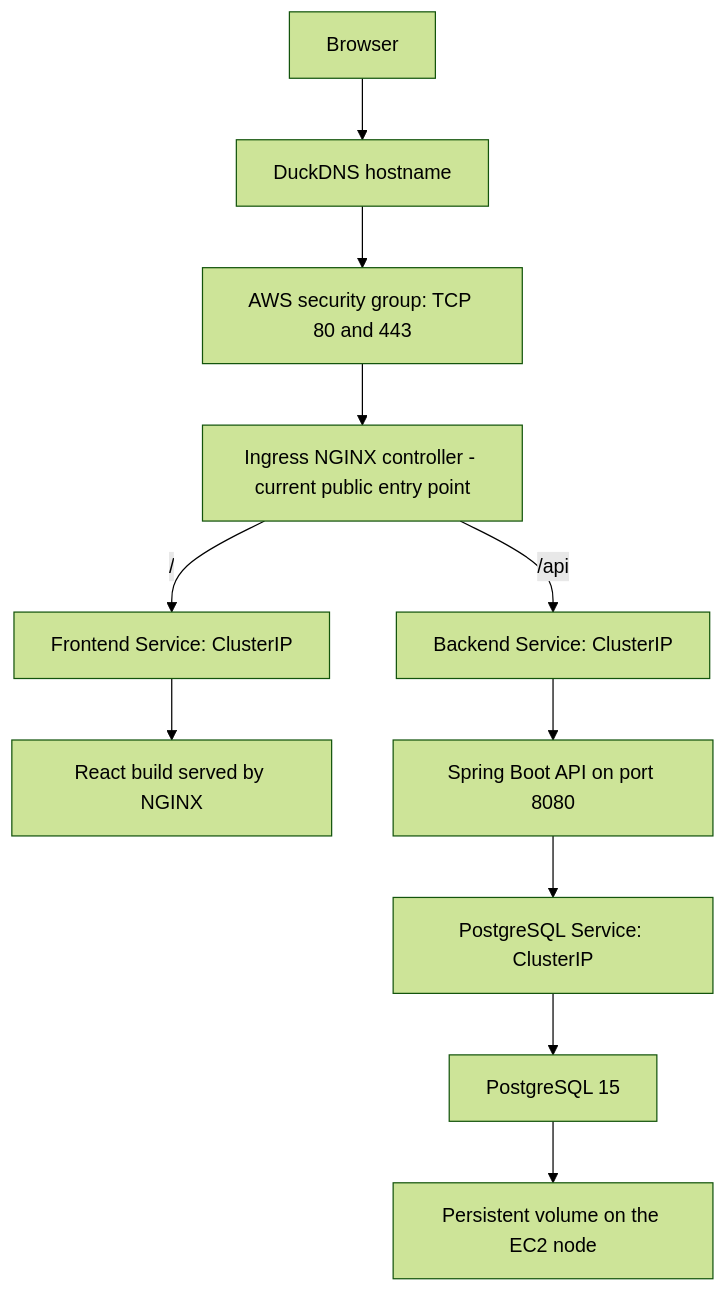
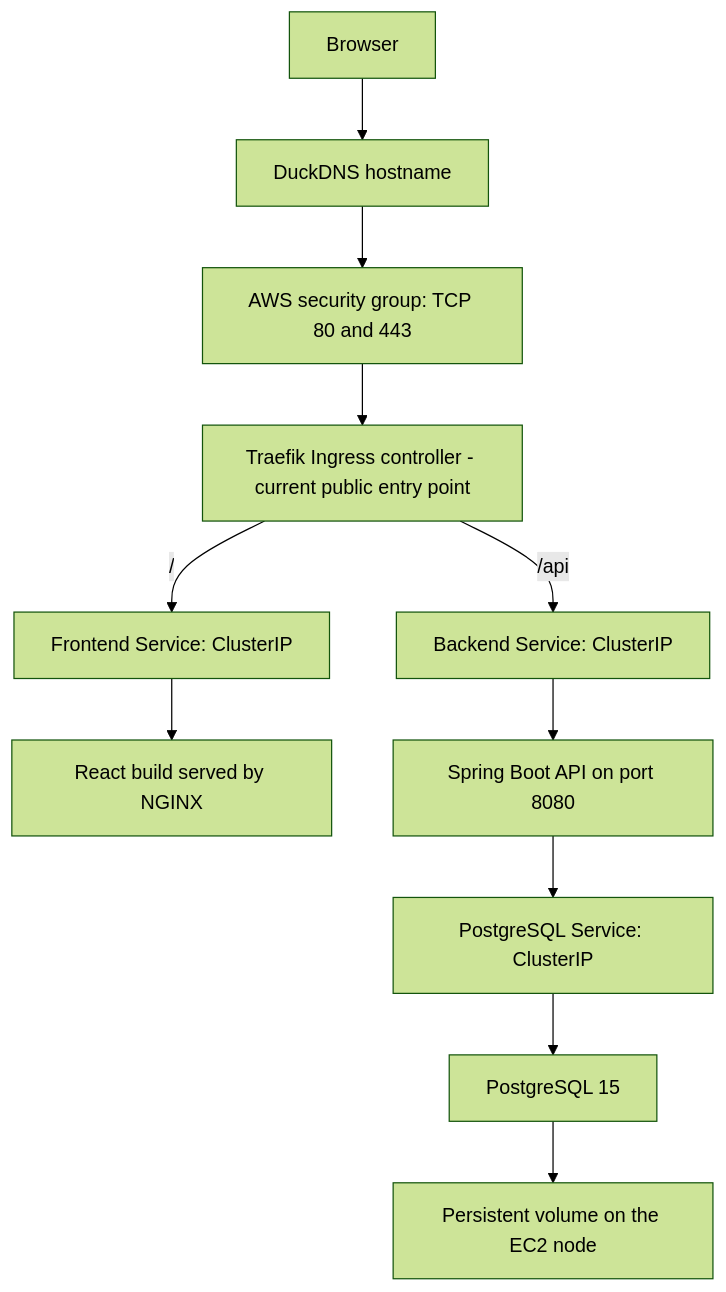
The first of 2 diagrams in README.md (WarManWarrior/TaskFlow_Platform), drawn with Mermaid (forest theme) before and after one commit. The commit also changed other lines of this file, not shown here.

Commit message:
docs: align ingress and backup operations with deployment

```diff
--- a/README.md
+++ b/README.md
@@ -15,13 +15,13 @@
 ~~~mermaid
 flowchart TD
     Browser[Browser] --> DNS[DuckDNS hostname]
     DNS --> SG[AWS security group: TCP 80 and 443]
-    SG --> NGINX[Ingress NGINX controller - current public entry point]
-    NGINX -->|/| FE[Frontend Service: ClusterIP]
-    NGINX -->|/api| BE[Backend Service: ClusterIP]
+    SG --> TRAEFIK[Traefik Ingress controller - current public entry point]
+    TRAEFIK -->|/| FE[Frontend Service: ClusterIP]
+    TRAEFIK -->|/api| BE[Backend Service: ClusterIP]
     FE --> FEPod[React build served by NGINX]
     BE --> BEPod[Spring Boot API on port 8080]
     BEPod --> DBSvc[PostgreSQL Service: ClusterIP]
     DBSvc --> DBPod[PostgreSQL 15]
     DBPod --> PVC[Persistent volume on the EC2 node]
 ~~~
```
